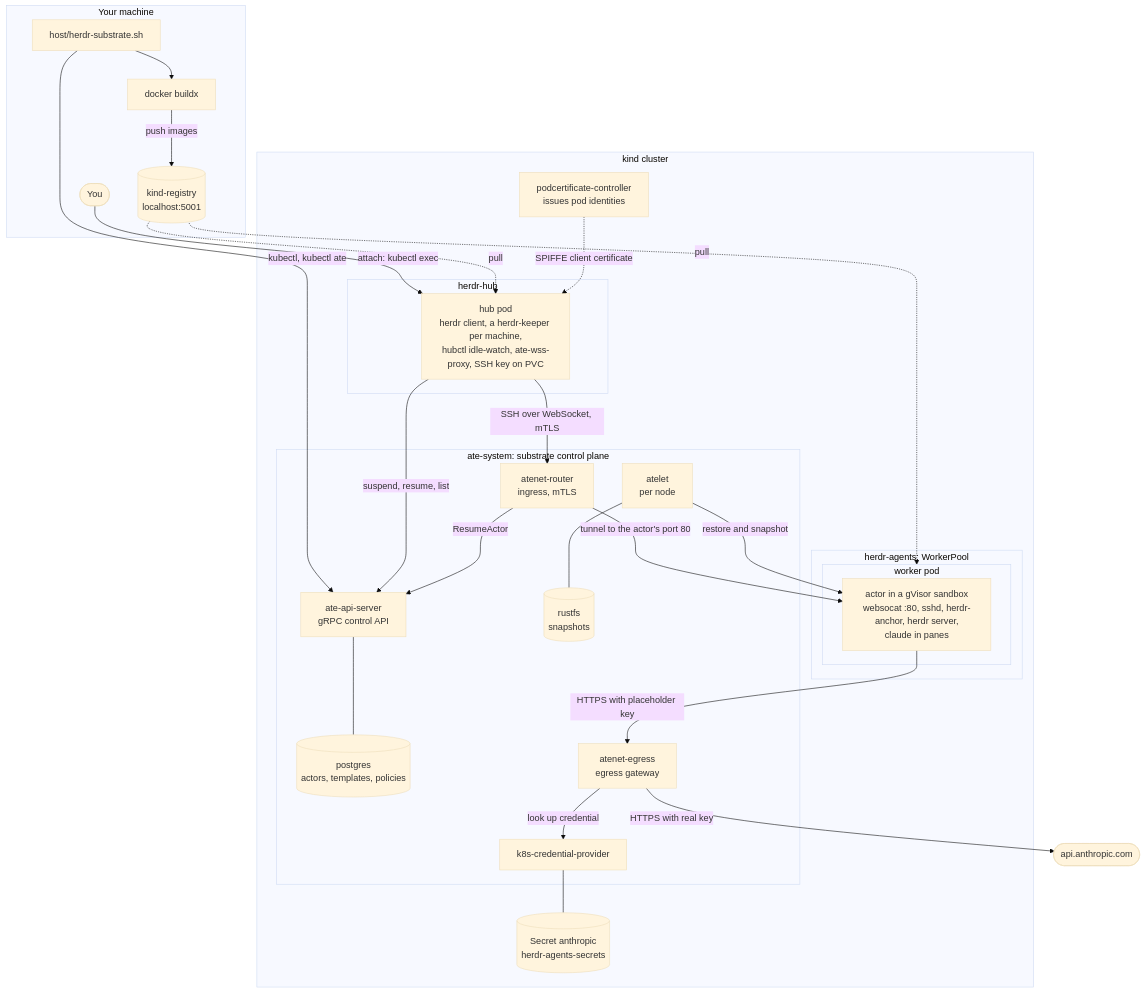
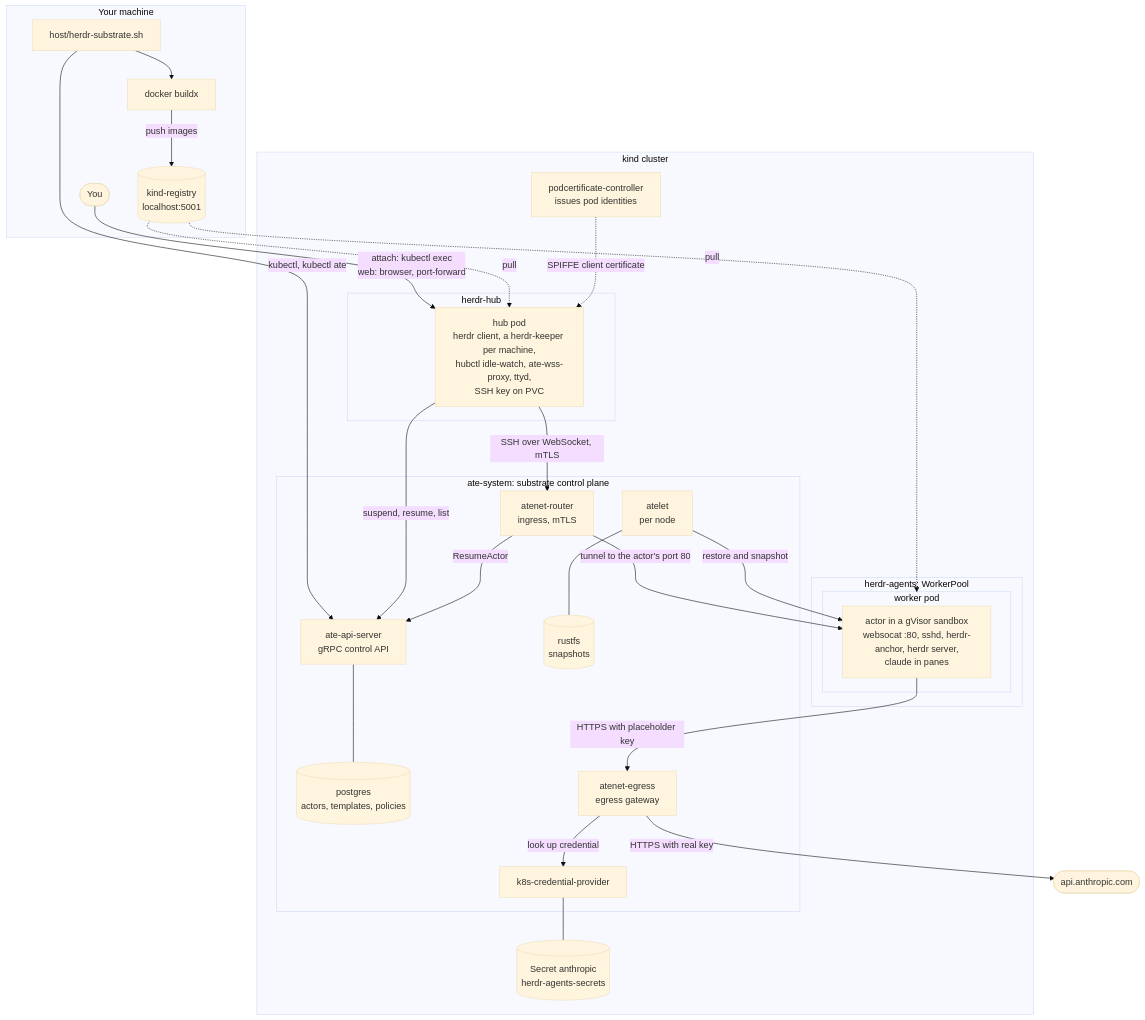
One commit to danaschwanden/herdr-agent-substrate changed the first of 19 diagrams in README.md. Above: the diagram before and after it, drawn with Mermaid (base theme). The commit also changed other lines of this file and 10 other files, not shown here.

Commit message:
Add ttyd to hub

````diff
--- a/README.md
+++ b/README.md
@@ -49,49 +49,49 @@
 ```mermaid
 flowchart TB
   subgraph mac["Your machine"]
     you(["You"])
     script["host/herdr-substrate.sh"]
     buildx["docker buildx"]
     registry[("kind-registry<br/>localhost:5001")]
   end
   subgraph kind["kind cluster"]
     subgraph sys["ate-system: substrate control plane"]
       api["ate-api-server<br/>gRPC control API"]
       pg[("postgres<br/>actors, templates, policies")]
       router["atenet-router<br/>ingress, mTLS"]
       egress["atenet-egress<br/>egress gateway"]
       cred["k8s-credential-provider"]
       atelet["atelet<br/>per node"]
       store[("rustfs<br/>snapshots")]
     end
     podcert["podcertificate-controller<br/>issues pod identities"]
     subgraph hubns["herdr-hub"]
-      hub["hub pod<br/>herdr client, a herdr-keeper per machine,<br/>hubctl idle-watch, ate-wss-proxy, SSH key on PVC"]
+      hub["hub pod<br/>herdr client, a herdr-keeper per machine,<br/>hubctl idle-watch, ate-wss-proxy, ttyd,<br/>SSH key on PVC"]
     end
     subgraph agents["herdr-agents: WorkerPool"]
       subgraph worker["worker pod"]
         actor["actor in a gVisor sandbox<br/>websocat :80, sshd, herdr-anchor, herdr server,<br/>claude in panes"]
       end
     end
     secret[("Secret anthropic<br/>herdr-agents-secrets")]
   end
   anthropic(["api.anthropic.com"])
 
-  you -->|"attach: kubectl exec"| hub
+  you -->|"attach: kubectl exec<br/>web: browser, port-forward"| hub
   script -->|"kubectl, kubectl ate"| api
   script --> buildx -->|"push images"| registry
   registry -.->|"pull"| worker
   registry -.->|"pull"| hub
   podcert -.->|"SPIFFE client certificate"| hub
   hub -->|"SSH over WebSocket, mTLS"| router
   hub -->|"suspend, resume, list"| api
   router -->|"ResumeActor"| api
   router -->|"tunnel to the actor's port 80"| actor
   api --- pg
   atelet -->|"restore and snapshot"| actor
   atelet --- store
   actor -->|"HTTPS with placeholder key"| egress
   egress -->|"look up credential"| cred
   cred --- secret
   egress -->|"HTTPS with real key"| anthropic
 ```
````
